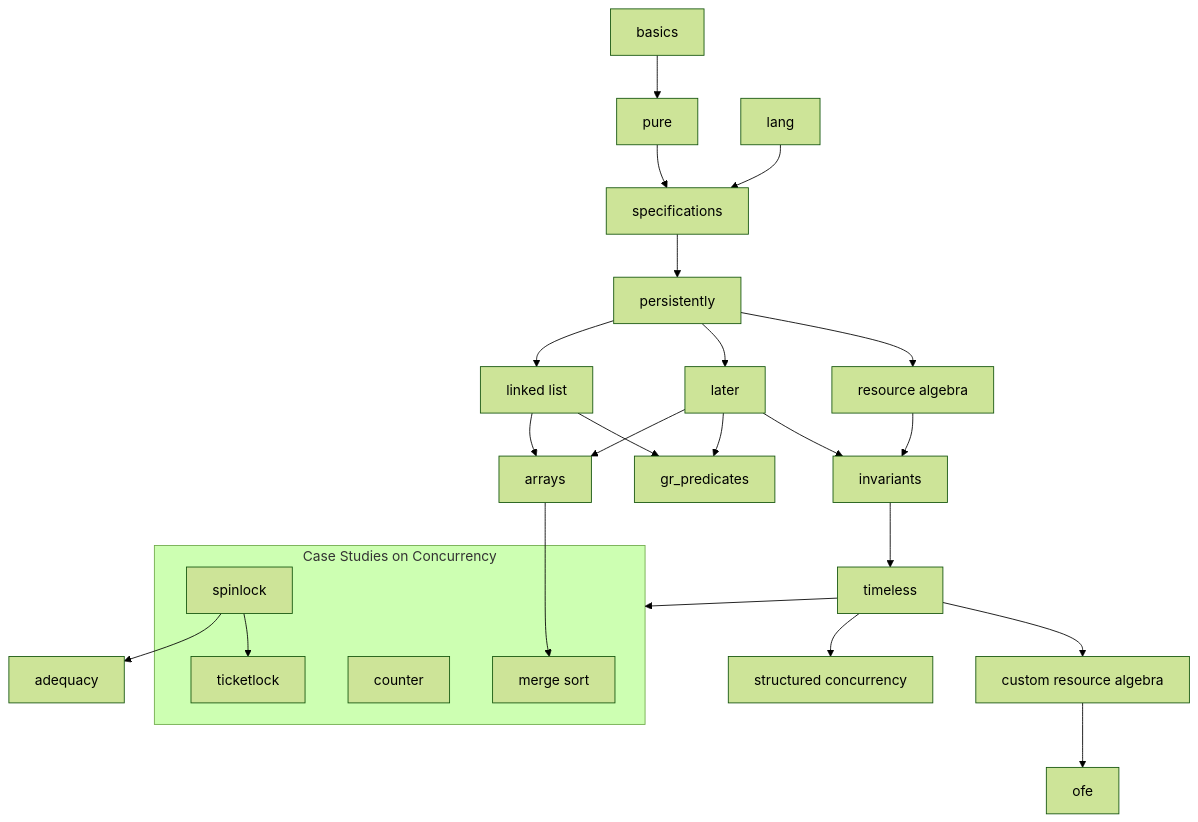
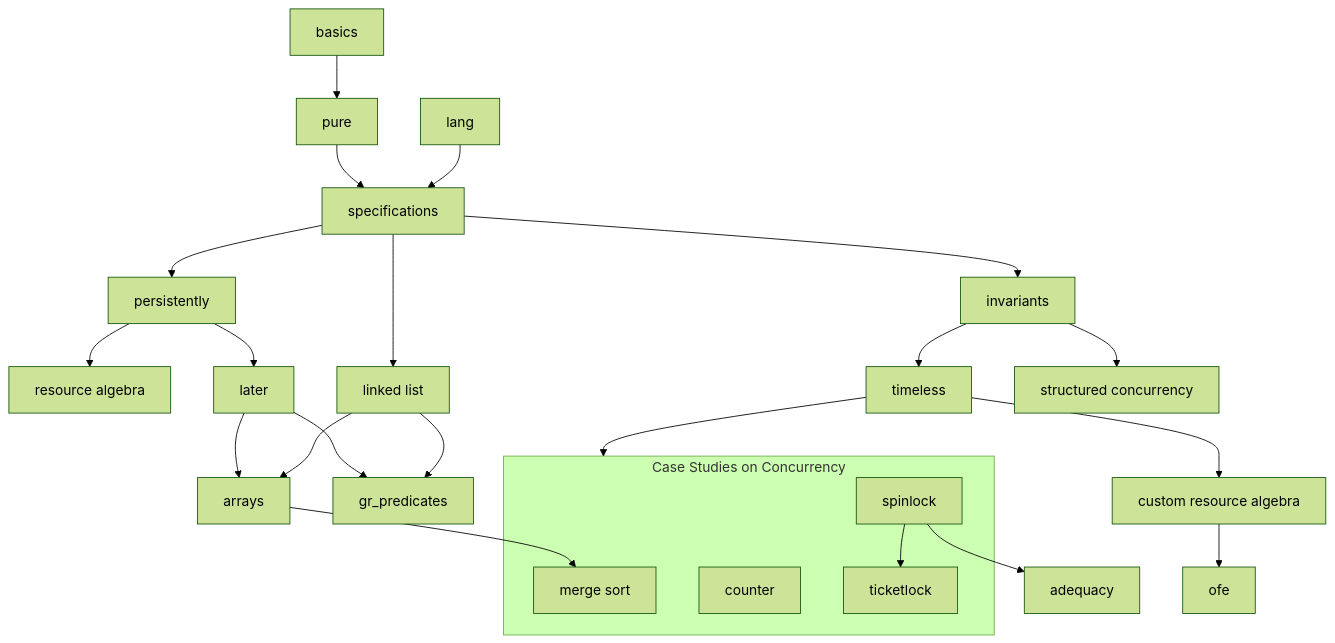
The diagram in README.md (mansky1/iris-tutorial), drawn with Mermaid (forest theme) before and after one commit. The commit also changed other lines of this file and 4 other files, not shown here.

````diff
--- a/README.md
+++ b/README.md
@@ -67,38 +67,37 @@
 ```mermaid
 graph TD;
   basics --> pure;
   pure --> specs[specifications];
   lang --> specs;
   specs --> pers[persistently];
   pers -->  ra[resource algebra];
   pers --> later;
-  pers --> linklist[linked list];
+  specs --> linklist[linked list];
 
-  ra --> invariants;
+  specs --> invariants;
 
-  later --> invariants;
   later --> grp[gr_predicates];
   later --> arrays;
 
   linklist --> grp;
   linklist --> arrays;
 
   invariants --> timeless;
 
   arrays --> merge[merge sort];
 
   timeless --> cst_ra[custom resource algebra];
-  timeless --> strconc[structured concurrency];
+  invariants --> strconc[structured concurrency];
   timeless --> ccs;
 
   subgraph ccs[Case Studies on Concurrency]
   counter;
   spinlock;
   ticketlock;
   merge;
   spinlock --> ticketlock;
   end
 
   spinlock --> adequacy;
   cst_ra --> ofe;
 ```
````
